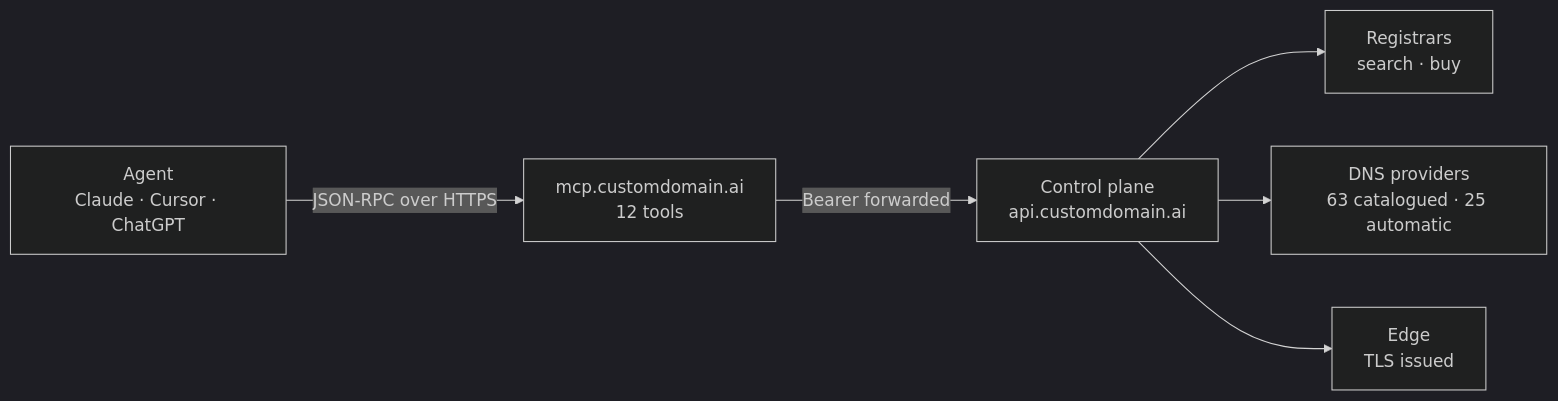
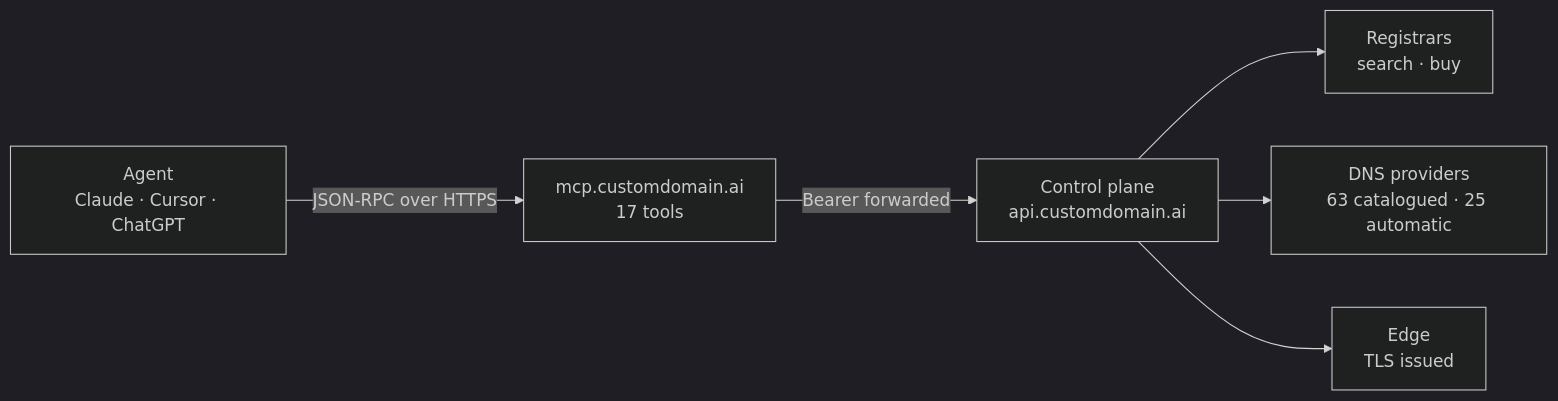
The first of 2 diagrams in README.md (CUSTOM-DOMAIN-APP/customdomain-mcp), drawn with Mermaid (dark theme) before and after one commit. The commit also changed other lines of this file and 3 other files, not shown here.

````diff
--- a/README.md
+++ b/README.md
@@ -29,8 +29,8 @@
 ```mermaid
 flowchart LR
-  A["Agent<br/>Claude · Cursor · ChatGPT"] -->|"JSON-RPC over HTTPS"| M["mcp.customdomain.ai<br/>12 tools"]
+  A["Agent<br/>Claude · Cursor · ChatGPT"] -->|"JSON-RPC over HTTPS"| M["mcp.customdomain.ai<br/>17 tools"]
   M -->|"Bearer forwarded"| C["Control plane<br/>api.customdomain.ai"]
   C --> R["Registrars<br/>search · buy"]
   C --> D["DNS providers<br/>63 catalogued · 25 automatic"]
   C --> E["Edge<br/>TLS issued"]
 ```
````
